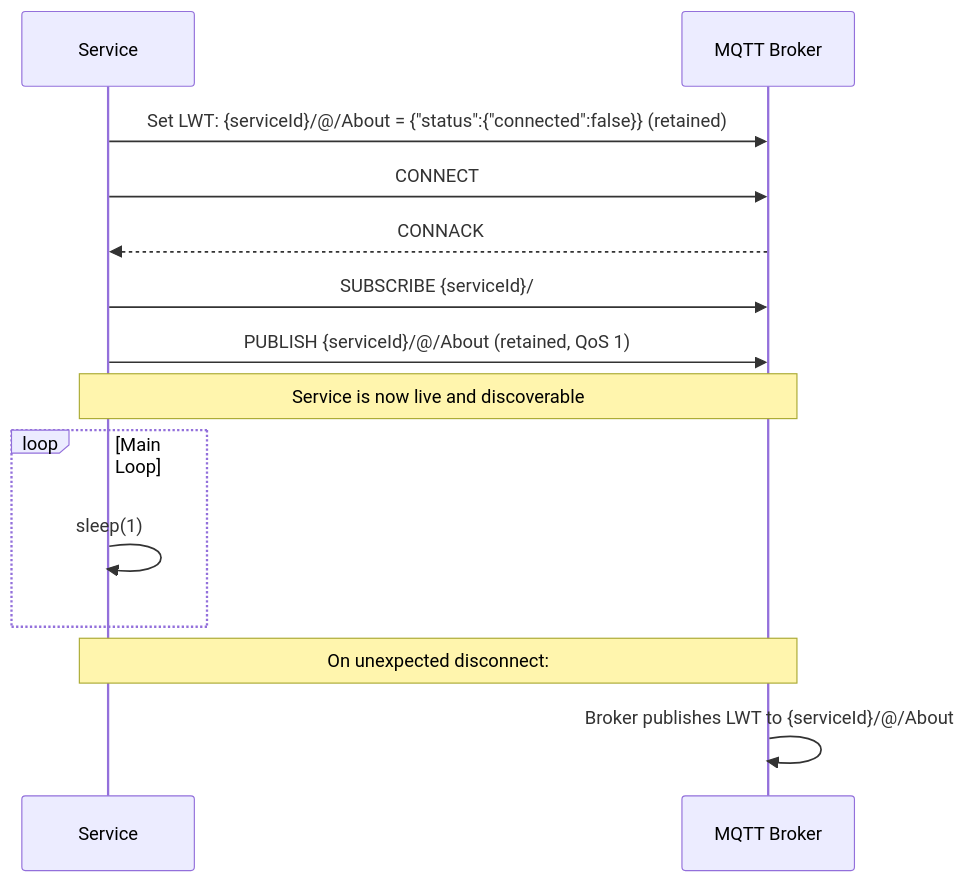
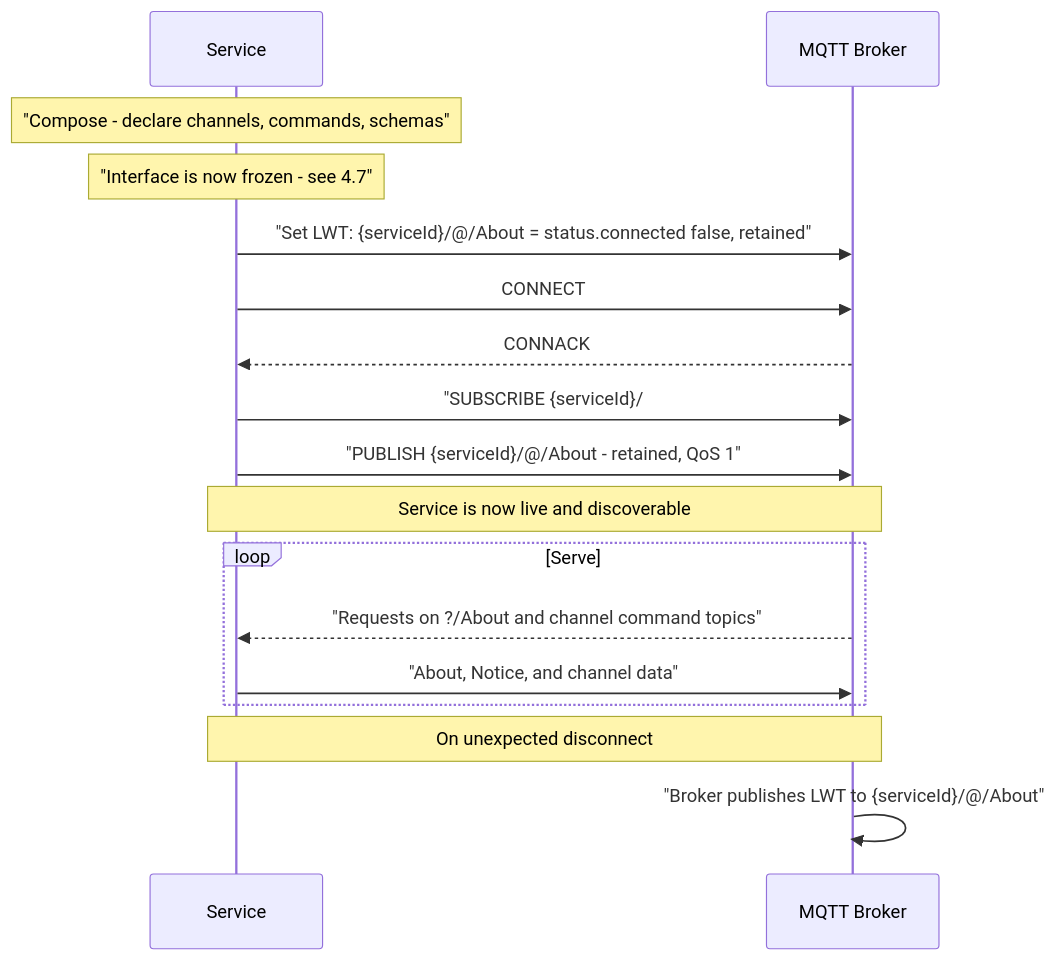
The fourth of 8 diagrams in docs/protocol.md (BuildLynx/lynx-sdk-python), drawn with Mermaid before and after one commit. The commit also changed other lines of this file and 19 other files, not shown here.

Commit message:
First stage of SDK refactor (Protocol revision, custom channel commands, push channels, layer splits)

````diff
--- a/docs/protocol.md
+++ b/docs/protocol.md
@@ -382,19 +456,23 @@
 ```mermaid
 sequenceDiagram
     participant S as Service
     participant B as MQTT Broker
 
-    S->>B: Set LWT: {serviceId}/@/About = {"status":{"connected":false}} (retained)
+    Note over S: "Compose - declare channels, commands, schemas"
+    Note over S: "Interface is now frozen - see 4.7"
+
+    S->>B: "Set LWT: {serviceId}/@/About = status.connected false, retained"
     S->>B: CONNECT
     B-->>S: CONNACK
-    S->>B: SUBSCRIBE {serviceId}/#
-    S->>B: PUBLISH {serviceId}/@/About (retained, QoS 1)
+    S->>B: "SUBSCRIBE {serviceId}/#"
+    S->>B: "PUBLISH {serviceId}/@/About - retained, QoS 1"
     Note over S,B: Service is now live and discoverable
 
-    loop Main Loop
-        S->>S: sleep(1)
+    loop Serve
+        B-->>S: "Requests on ?/About and channel command topics"
+        S->>B: "About, Notice, and channel data"
     end
 
-    Note over S,B: On unexpected disconnect:
-    B->>B: Broker publishes LWT to {serviceId}/@/About
+    Note over S,B: On unexpected disconnect
+    B->>B: "Broker publishes LWT to {serviceId}/@/About"
 ```
````
